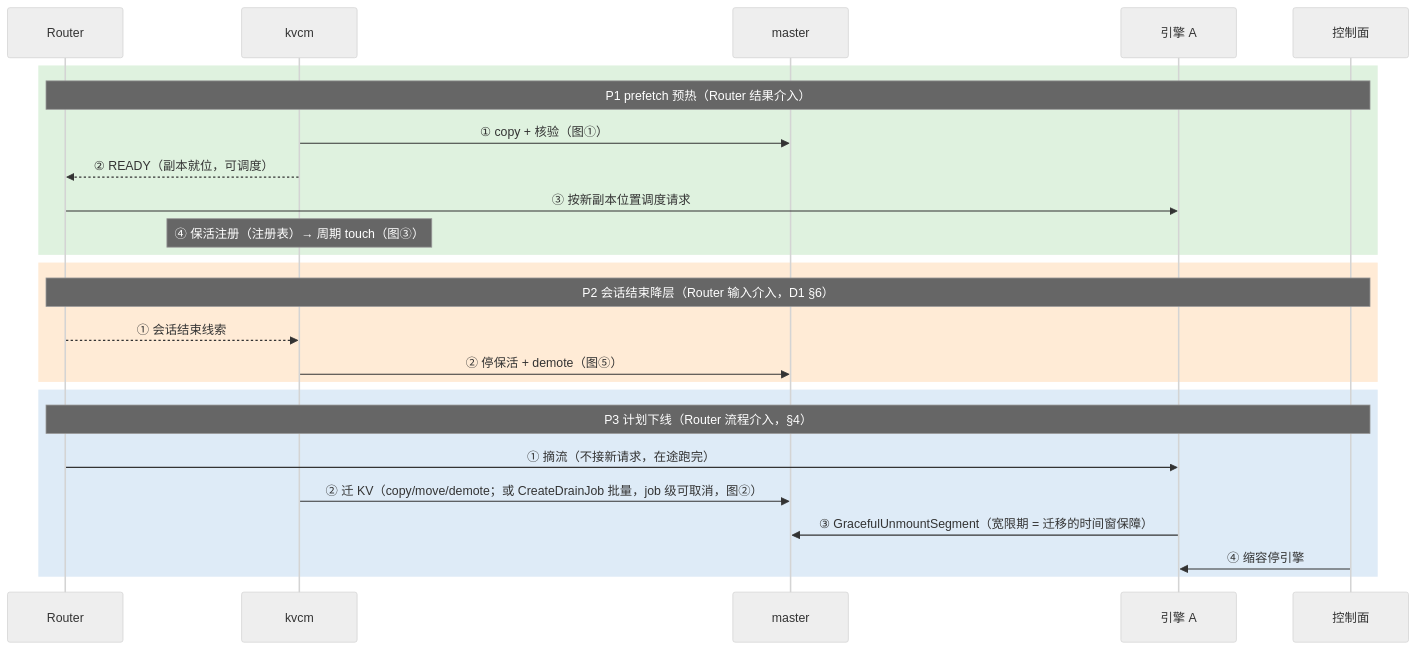
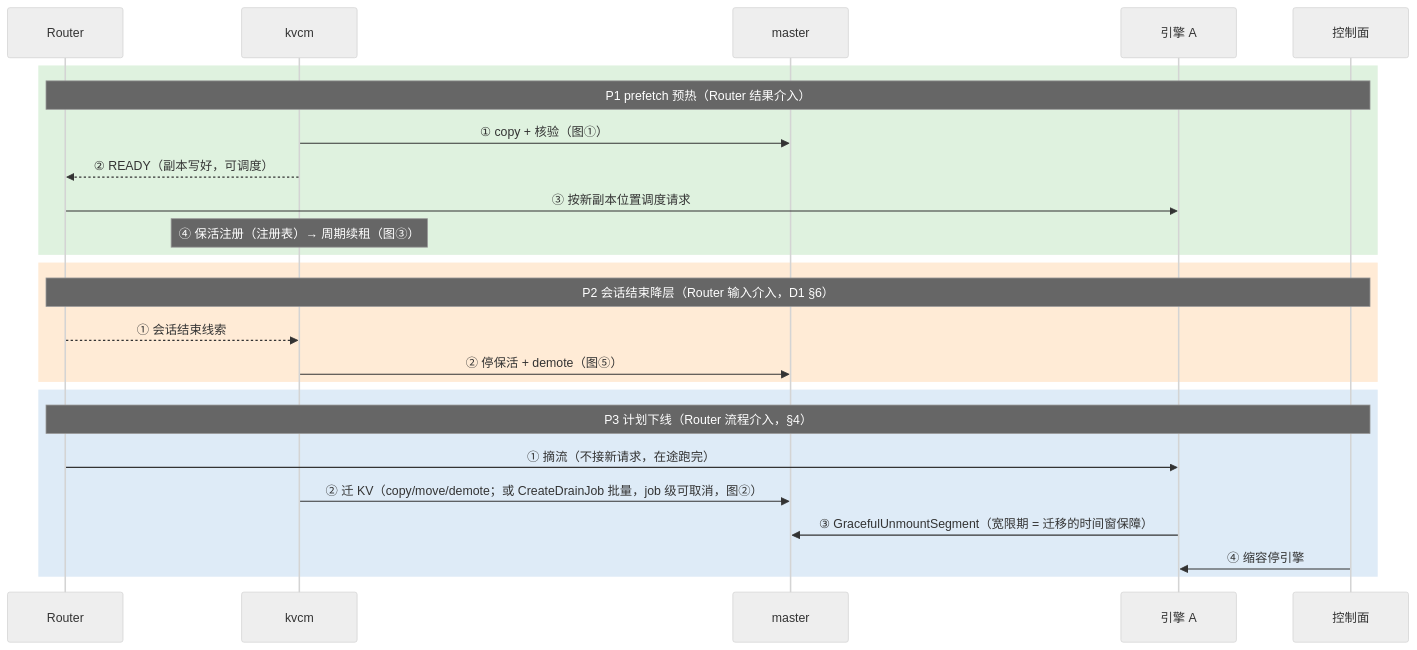
One commit to 5x8-40/lake changed the tenth of 10 diagrams in kvcm/D2-kv-operations.md. Above: the diagram before and after it, drawn with Mermaid (neutral theme). The commit also changed other lines of this file and 4 other files, not shown here.

````diff
--- a/kvcm/D2-kv-operations.md
+++ b/kvcm/D2-kv-operations.md
@@ -672,30 +683,30 @@
 ```mermaid
 sequenceDiagram
     participant R as Router
     participant K as kvcm
     participant M as master
     participant E as 引擎 A
     participant C as 控制面
 
     rect rgb(223, 242, 223)
     Note over R,C: P1 prefetch 预热（Router 结果介入）
     K->>M: ① copy + 核验（图①）
-    K-->>R: ② READY（副本就位，可调度）
+    K-->>R: ② READY（副本写好，可调度）
     R->>E: ③ 按新副本位置调度请求
-    Note over K: ④ 保活注册（注册表）→ 周期 touch（图③）
+    Note over K: ④ 保活注册（注册表）→ 周期续租（图③）
     end
 
     rect rgb(255, 235, 214)
     Note over R,C: P2 会话结束降层（Router 输入介入，D1 §6）
     R-->>K: ① 会话结束线索
     K->>M: ② 停保活 + demote（图⑤）
     end
 
     rect rgb(222, 235, 247)
     Note over R,C: P3 计划下线（Router 流程介入，§4）
     R->>E: ① 摘流（不接新请求，在途跑完）
     K->>M: ② 迁 KV（copy/move/demote；或 CreateDrainJob 批量，job 级可取消，图②）
     E->>M: ③ GracefulUnmountSegment（宽限期 = 迁移的时间窗保障）
     C->>E: ④ 缩容停引擎
     end
 ```
````
